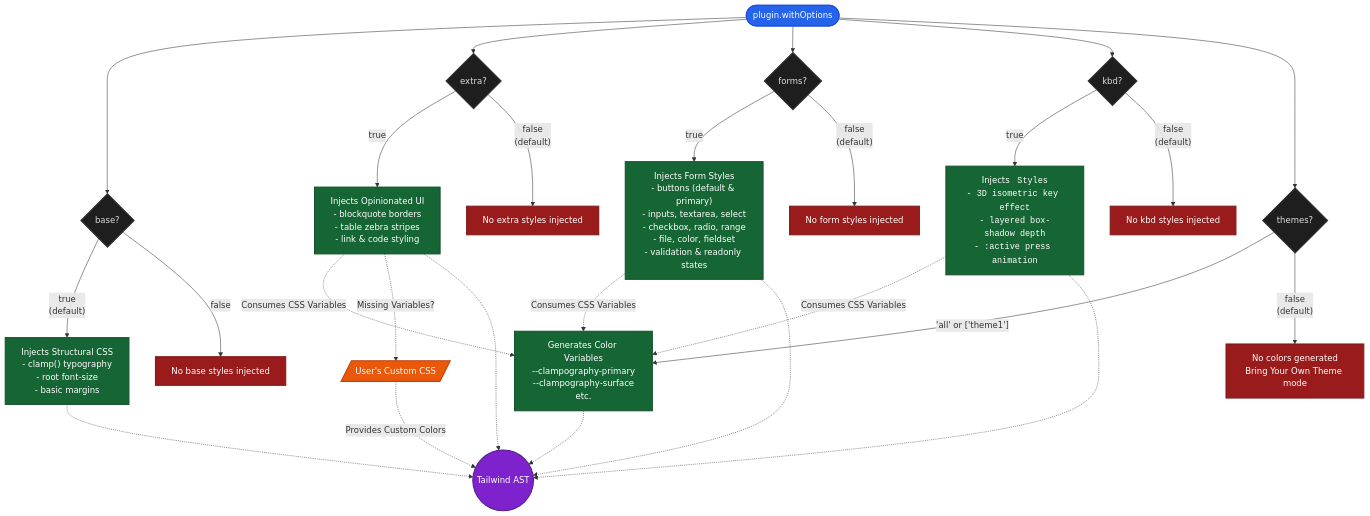
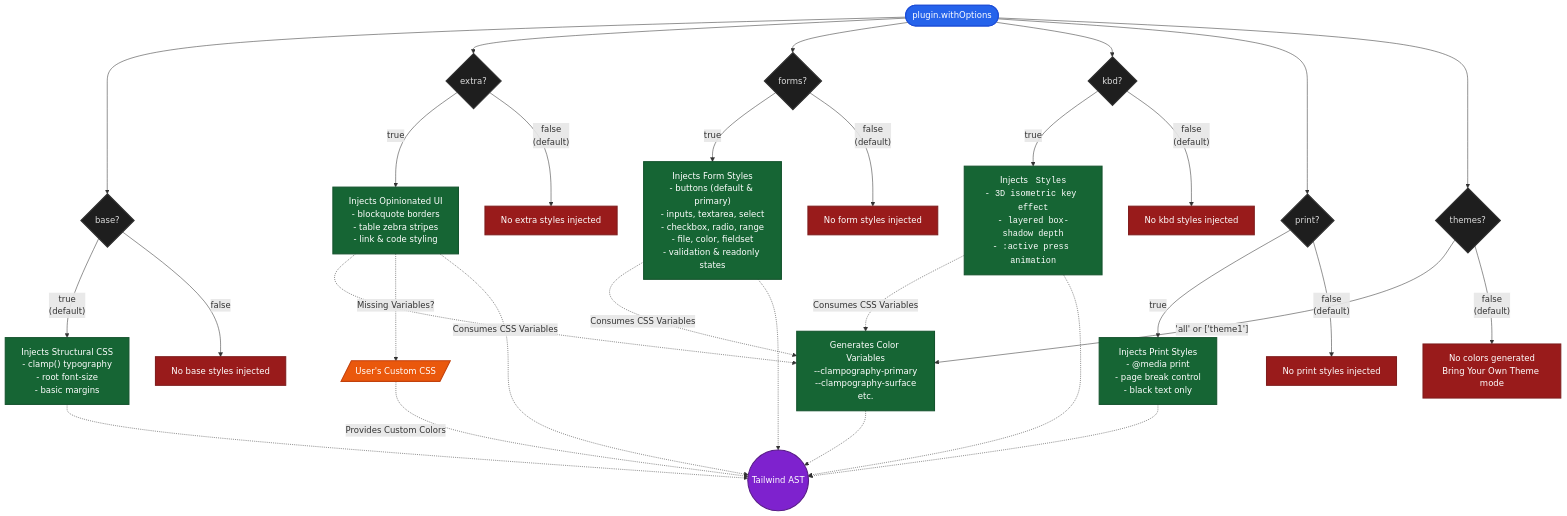
One commit to Avaray/clampography changed the diagram in docs/configuration-flow.md. Above: the diagram before and after it, drawn with Mermaid. The commit also changed other lines of this file, not shown here.

Commit message:
docs: add missing print module to configuration flow diagram

````diff
--- a/docs/configuration-flow.md
+++ b/docs/configuration-flow.md
@@ -7,60 +7,67 @@
 ```mermaid
 flowchart TD
     %% Input
     Config([plugin.withOptions]) --> O_Base{base?}
     Config --> O_Extra{extra?}
     Config --> O_Forms{forms?}
     Config --> O_Kbd{kbd?}
+    Config --> O_Print{print?}
     Config --> O_Themes{themes?}
 
     %% Base Logic
     O_Base -- true\n(default) --> B_Yes["Injects Structural CSS<br>- clamp() typography<br>- root font-size<br>- basic margins"]
     O_Base -- false --> B_No["No base styles injected"]
 
     %% Extra Logic
     O_Extra -- true --> E_Yes["Injects Opinionated UI<br>- blockquote borders<br>- table zebra stripes<br>- link & code styling"]
     O_Extra -- false\n(default) --> E_No["No extra styles injected"]
 
     %% Forms Logic
     O_Forms -- true --> F_Yes["Injects Form Styles<br>- buttons (default & primary)<br>- inputs, textarea, select<br>- checkbox, radio, range<br>- file, color, fieldset<br>- validation & readonly states"]
     O_Forms -- false\n(default) --> F_No["No form styles injected"]
 
     %% Kbd Logic
     O_Kbd -- true --> K_Yes["Injects <kbd> Styles<br>- 3D isometric key effect<br>- layered box-shadow depth<br>- :active press animation"]
     O_Kbd -- false\n(default) --> K_No["No kbd styles injected"]
 
+    %% Print Logic
+    O_Print -- true --> P_Yes["Injects Print Styles<br>- @media print<br>- page break control<br>- black text only"]
+    O_Print -- false\n(default) --> P_No["No print styles injected"]
+
     %% Themes Logic
     O_Themes -- "'all' or ['theme1']" --> T_Yes["Generates Color Variables<br>--clampography-primary<br>--clampography-surface<br>etc."]
     O_Themes -- false\n(default) --> T_No["No colors generated<br>Bring Your Own Theme mode"]
 
     %% Dependencies & Interactions
     B_Yes -.-> Output((Tailwind AST))
 
     E_Yes -. "Consumes CSS Variables" .-> T_Yes
     E_Yes -. "Missing Variables?" .-> UserCSS[/User's Custom CSS/]
     E_Yes -.-> Output
 
     F_Yes -. "Consumes CSS Variables" .-> T_Yes
     F_Yes -.-> Output
 
     K_Yes -. "Consumes CSS Variables" .-> T_Yes
     K_Yes -.-> Output
 
+    P_Yes -.-> Output
+
     T_Yes -.-> Output
 
     %% User interaction in BYOT
     UserCSS -. "Provides Custom Colors" .-> Output
 
     classDef default fill:#1e1e1e,stroke:#333,stroke-width:2px,color:#ddd
     classDef input fill:#2563eb,stroke:#1d4ed8,stroke-width:2px,color:#fff
     classDef yes fill:#166534,stroke:#14532d,stroke-width:2px,color:#fff
     classDef no fill:#991b1b,stroke:#7f1d1d,stroke-width:2px,color:#fff
     classDef output fill:#7e22ce,stroke:#581c87,stroke-width:2px,color:#fff
     classDef user fill:#ea580c,stroke:#c2410c,stroke-width:2px,color:#fff
 
     class Config input
-    class B_Yes,E_Yes,F_Yes,K_Yes,T_Yes yes
-    class B_No,E_No,F_No,K_No,T_No no
+    class B_Yes,E_Yes,F_Yes,K_Yes,P_Yes,T_Yes yes
+    class B_No,E_No,F_No,K_No,P_No,T_No no
     class Output output
     class UserCSS user
 ```
````
